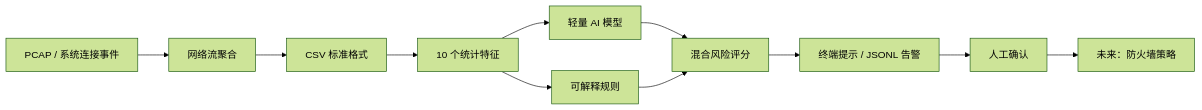
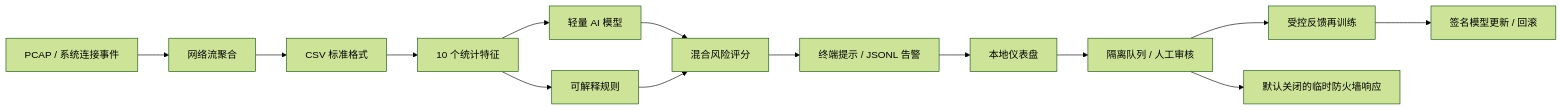
The diagram in README.md (heartofiron-dev/ai-firewall), drawn with Mermaid (forest theme) before and after one commit. The commit also changed other lines of this file and 23 other files, not shown here.

````diff
--- a/README.md
+++ b/README.md
@@ -31,13 +37,16 @@
 ```mermaid
 flowchart LR
     A[PCAP / 系统连接事件] --> B[网络流聚合]
     B --> C[CSV 标准格式]
     C --> D[10 个统计特征]
     D --> E[轻量 AI 模型]
     D --> F[可解释规则]
     E --> G[混合风险评分]
     F --> G
     G --> H[终端提示 / JSONL 告警]
-    H --> I[人工确认]
-    I --> J[未来：防火墙策略]
+    H --> K[本地仪表盘]
+    K --> I[隔离队列 / 人工审核]
+    I --> L[受控反馈再训练]
+    I --> J[默认关闭的临时防火墙响应]
+    L --> M[签名模型更新 / 回滚]
 ```
````
